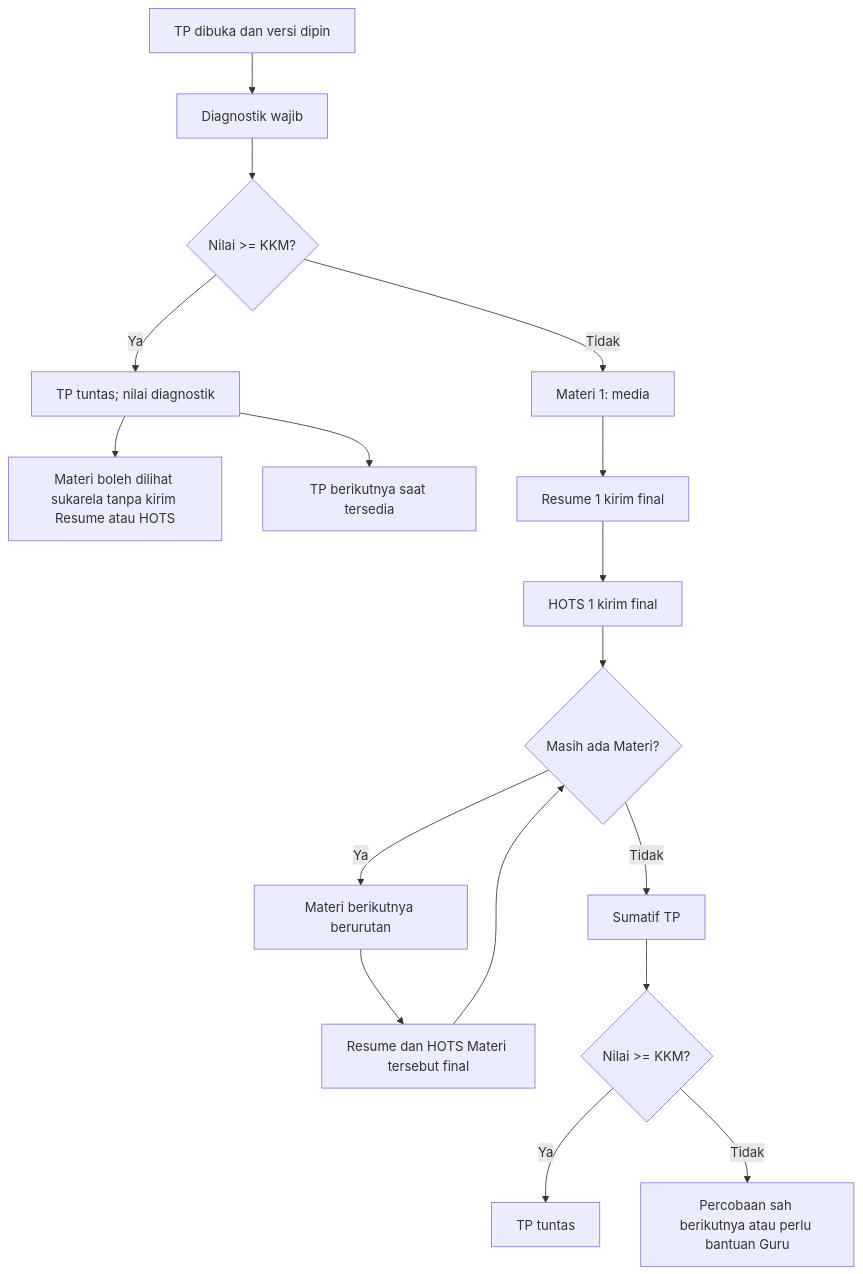
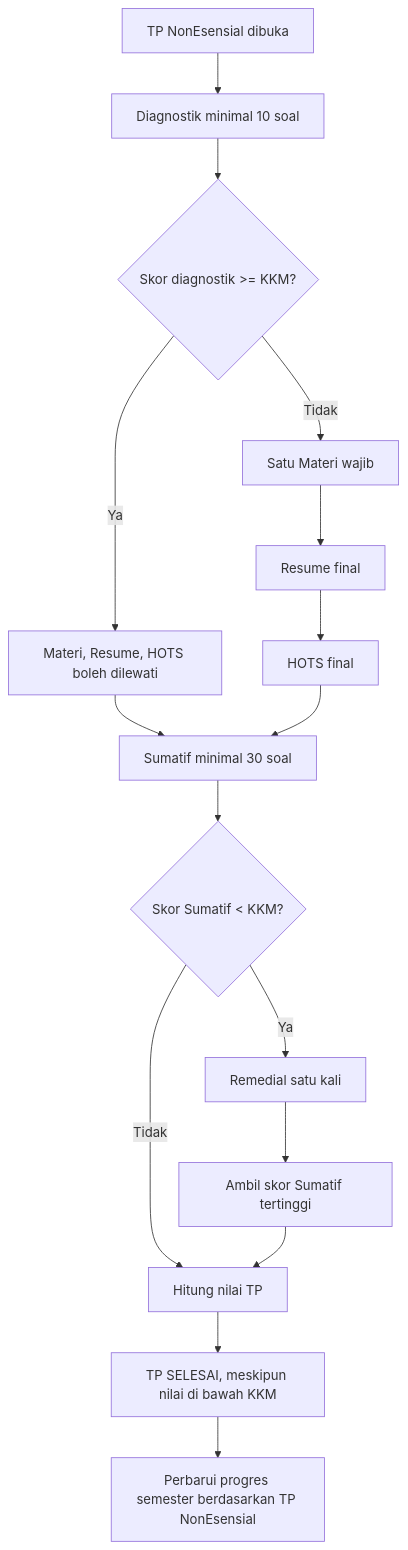
The diagram in docs/06-ALUR-PEMBELAJARAN.md (Al-Faroz/SLA-SKS), drawn with Mermaid before and after one commit. The commit also changed other lines of this file and 4 other files, not shown here.

Commit message:
docs: revamp kurikulum BAB, TP, alur diagnostik dan penilaian v2.5

````diff
--- a/docs/06-ALUR-PEMBELAJARAN.md
+++ b/docs/06-ALUR-PEMBELAJARAN.md
@@ -9,19 +9,18 @@
 ```mermaid
 flowchart TD
- A[TP dibuka dan versi dipin] --> B[Diagnostik wajib]
- B --> C{Nilai >= KKM?}
- C -->|Ya| D[TP tuntas; nilai diagnostik]
- D --> E[Materi boleh dilihat sukarela tanpa kirim Resume atau HOTS]
- D --> F[TP berikutnya saat tersedia]
- C -->|Tidak| G[Materi 1: media]
- G --> H[Resume 1 kirim final]
- H --> I[HOTS 1 kirim final]
- I --> J{Masih ada Materi?}
- J -->|Ya| K[Materi berikutnya berurutan]
- K --> H2[Resume dan HOTS Materi tersebut final]
- H2 --> J
- J -->|Tidak| L[Sumatif TP]
- L --> M{Nilai >= KKM?}
- M -->|Ya| N[TP tuntas]
- M -->|Tidak| O[Percobaan sah berikutnya atau perlu bantuan Guru]
+ A["TP NonEsensial dibuka"] --> B["Diagnostik minimal 10 soal"]
+ B --> C{"Skor diagnostik >= KKM?"}
+ C -->|Ya| D["Materi, Resume, HOTS boleh dilewati"]
+ C -->|Tidak| E["Satu Materi wajib"]
+ E --> F["Resume final"]
+ F --> G["HOTS final"]
+ D --> H["Sumatif minimal 30 soal"]
+ G --> H
+ H --> I{"Skor Sumatif < KKM?"}
+ I -->|Ya| J["Remedial satu kali"]
+ I -->|Tidak| K["Hitung nilai TP"]
+ J --> L["Ambil skor Sumatif tertinggi"]
+ L --> K
+ K --> M["TP SELESAI, meskipun nilai di bawah KKM"]
+ M --> N["Perbarui progres semester berdasarkan TP NonEsensial"]
 ```
````
